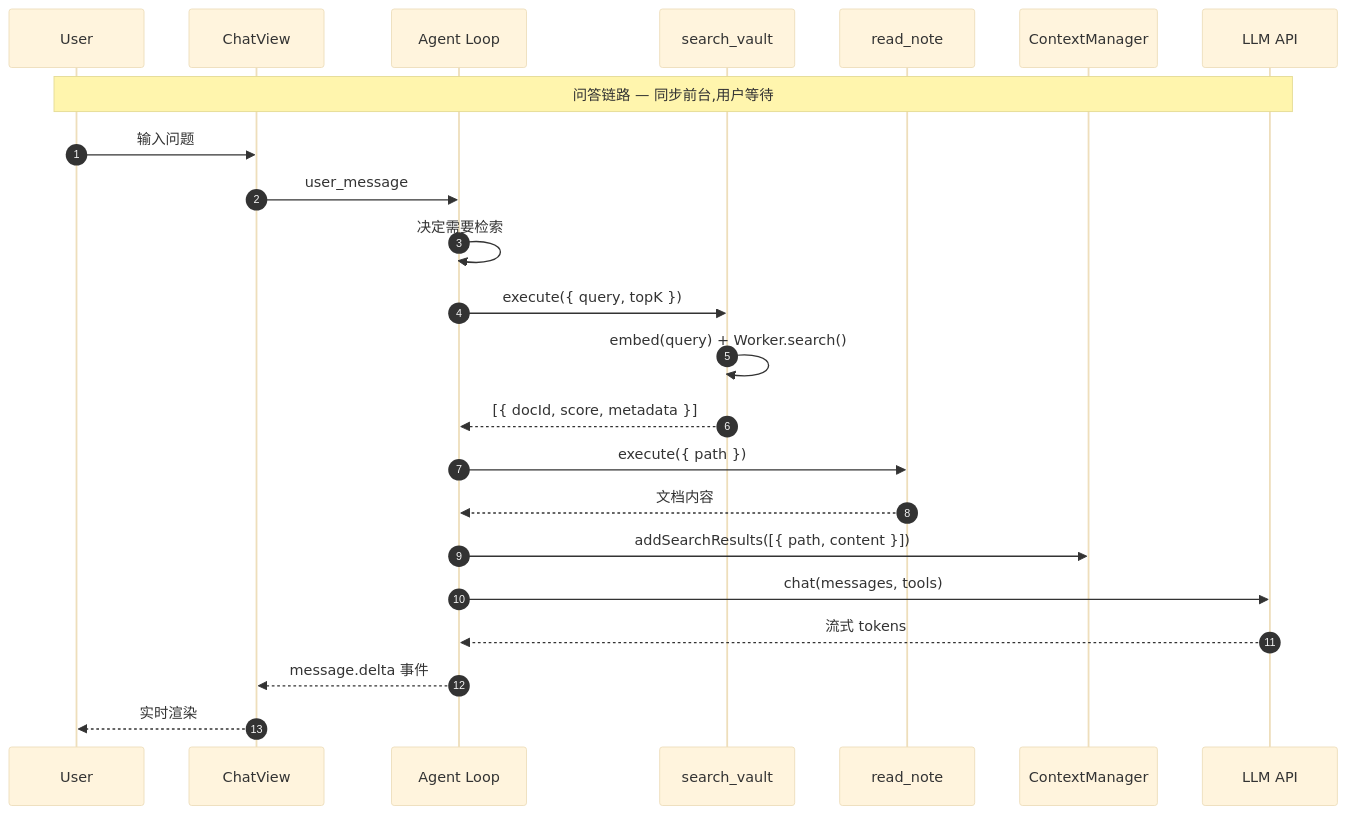
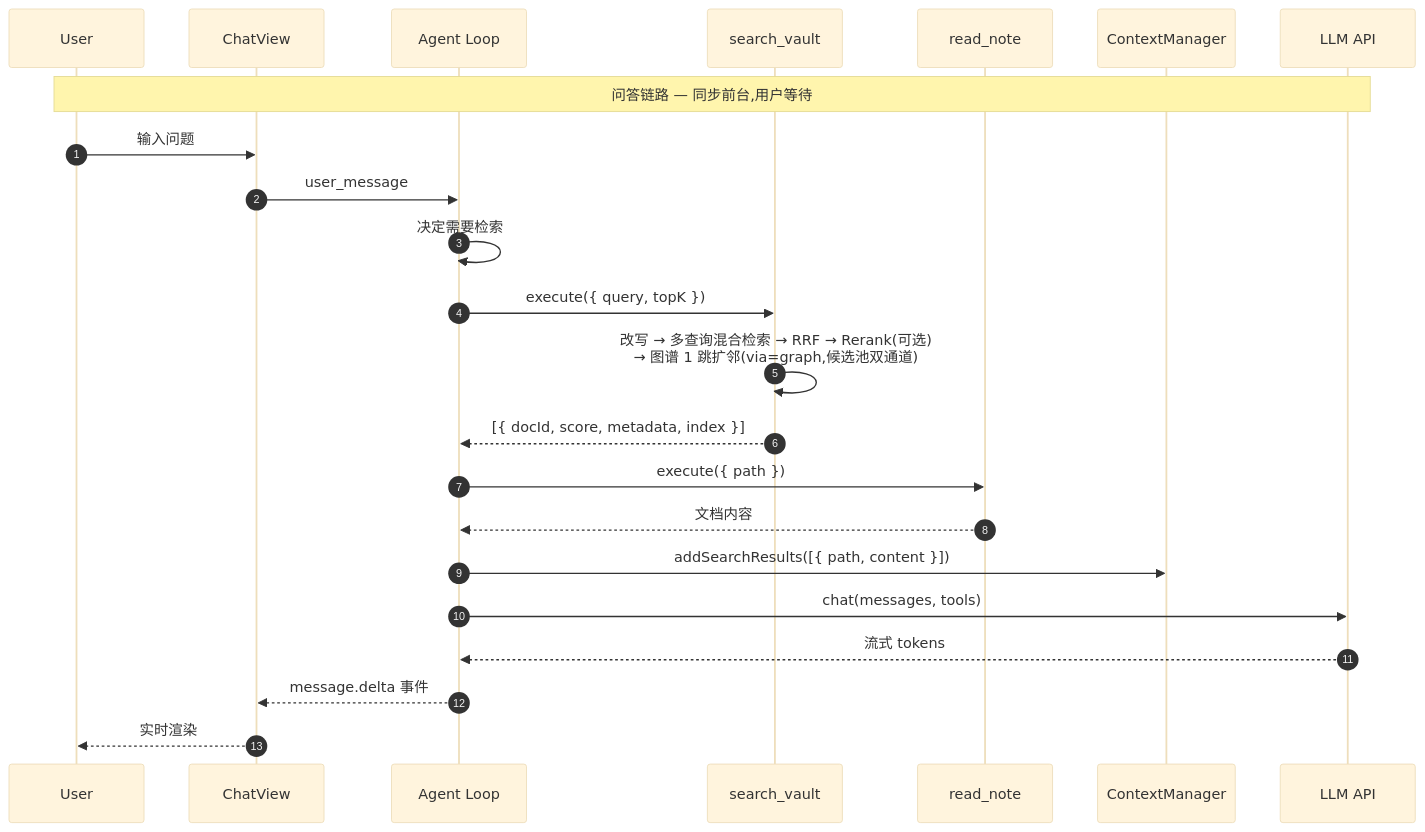
One commit to golddream-y/obsidian-ratel changed the third of 10 diagrams in docs/architecture/overview.md. Above: the diagram before and after it, drawn with Mermaid (base theme). The commit also changed other lines of this file and 15 other files, not shown here.

First line of the commit message:
docs(arch): 图谱检索 + MCP 平台 + 能力池架构设计与文档收敛

````diff
--- a/docs/architecture/overview.md
+++ b/docs/architecture/overview.md
@@ -90,27 +90,27 @@
 ```mermaid
 sequenceDiagram
     autonumber
     participant U as User
     participant CV as ChatView
     participant AL as Agent Loop
     participant SV as search_vault
     participant RN as read_note
     participant CTX as ContextManager
     participant LLM as LLM API
 
     Note over U,LLM: 问答链路 — 同步前台,用户等待
 
     U->>CV: 输入问题
     CV->>AL: user_message
     AL->>AL: 决定需要检索
     AL->>SV: execute({ query, topK })
-    SV->>SV: embed(query) + Worker.search()
-    SV-->>AL: [{ docId, score, metadata }]
+    SV->>SV: 改写 → 多查询混合检索 → RRF → Rerank(可选)<br/>→ 图谱 1 跳扩邻(via=graph,候选池双通道)
+    SV-->>AL: [{ docId, score, metadata, index }]
     AL->>RN: execute({ path })
     RN-->>AL: 文档内容
     AL->>CTX: addSearchResults([{ path, content }])
     AL->>LLM: chat(messages, tools)
     LLM-->>AL: 流式 tokens
     AL-->>CV: message.delta 事件
     CV-->>U: 实时渲染
 ```
````
